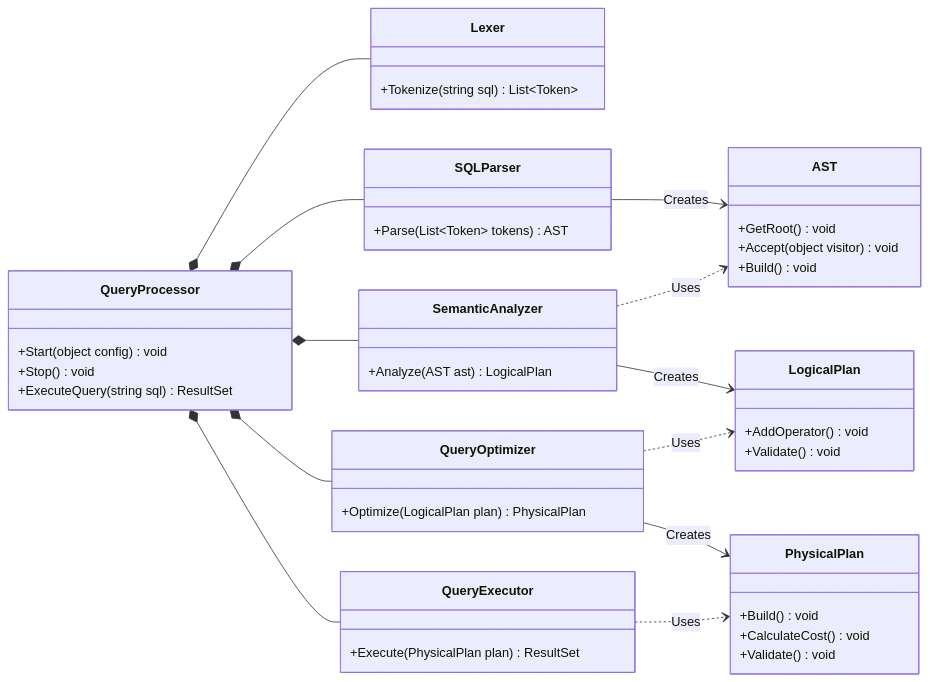
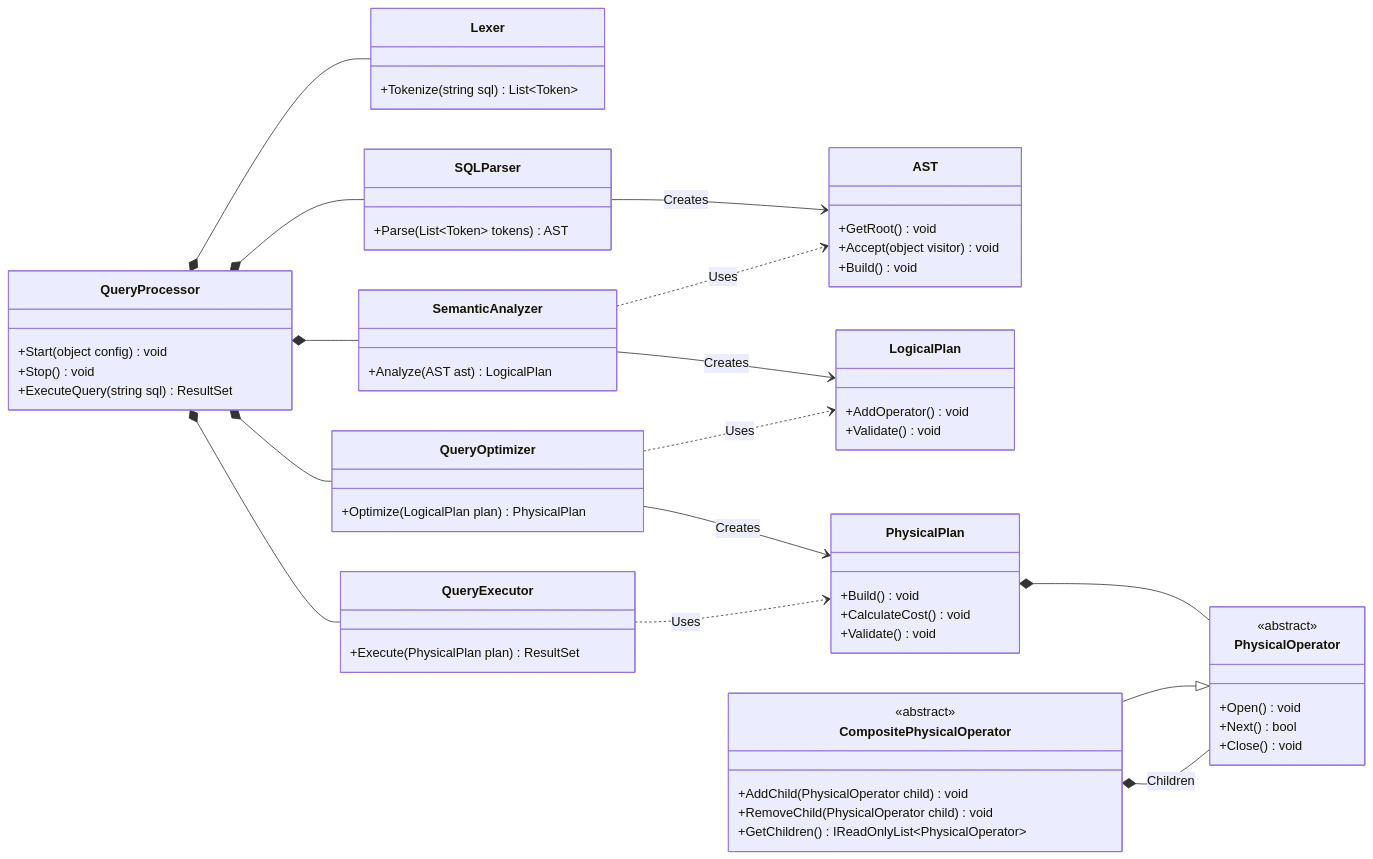
The fourth of 52 diagrams in README.md (manaxpow/DBMS), drawn with Mermaid before and after one commit. The commit also changed 8 other files, not shown here.

Commit message:
Implement Composite for Physical Plan Tree

````diff
--- a/README.md
+++ b/README.md
@@ -241,52 +241,68 @@
 ```mermaid
 classDiagram
     direction LR
     class QueryProcessor {
         +Start(object config) void
         +Stop() void
         +ExecuteQuery(string sql) ResultSet
     }
     class Lexer {
         +Tokenize(string sql) List~Token~
     }
     class SQLParser {
         +Parse(List~Token~ tokens) AST
     }
     class SemanticAnalyzer {
         +Analyze(AST ast) LogicalPlan
     }
     class QueryOptimizer {
         +Optimize(LogicalPlan plan) PhysicalPlan
     }
     class QueryExecutor {
         +Execute(PhysicalPlan plan) ResultSet
     }
     class AST {
         +GetRoot() void
         +Accept(object visitor) void
         +Build() void
     }
     class LogicalPlan {
         +AddOperator() void
         +Validate() void
     }
     class PhysicalPlan {
         +Build() void
         +CalculateCost() void
         +Validate() void
     }
+    class PhysicalOperator {
+        <<abstract>>
+        +Open() void
+        +Next() bool
+        +Close() void
+    }
+    class CompositePhysicalOperator {
+        <<abstract>>
+        +AddChild(PhysicalOperator child) void
+        +RemoveChild(PhysicalOperator child) void
+        +GetChildren() IReadOnlyList~PhysicalOperator~
+    }
 
     QueryProcessor *-- Lexer
     QueryProcessor *-- SQLParser
     QueryProcessor *-- SemanticAnalyzer
     QueryProcessor *-- QueryOptimizer
     QueryProcessor *-- QueryExecutor
 
     SQLParser --> AST : Creates
     SemanticAnalyzer --> LogicalPlan : Creates
     QueryOptimizer --> PhysicalPlan : Creates
     
     SemanticAnalyzer ..> AST : Uses
     QueryOptimizer ..> LogicalPlan : Uses
     QueryExecutor ..> PhysicalPlan : Uses
+    
+    PhysicalPlan *-- PhysicalOperator
+    CompositePhysicalOperator --|> PhysicalOperator
+    CompositePhysicalOperator *-- PhysicalOperator : Children
 ```
````
